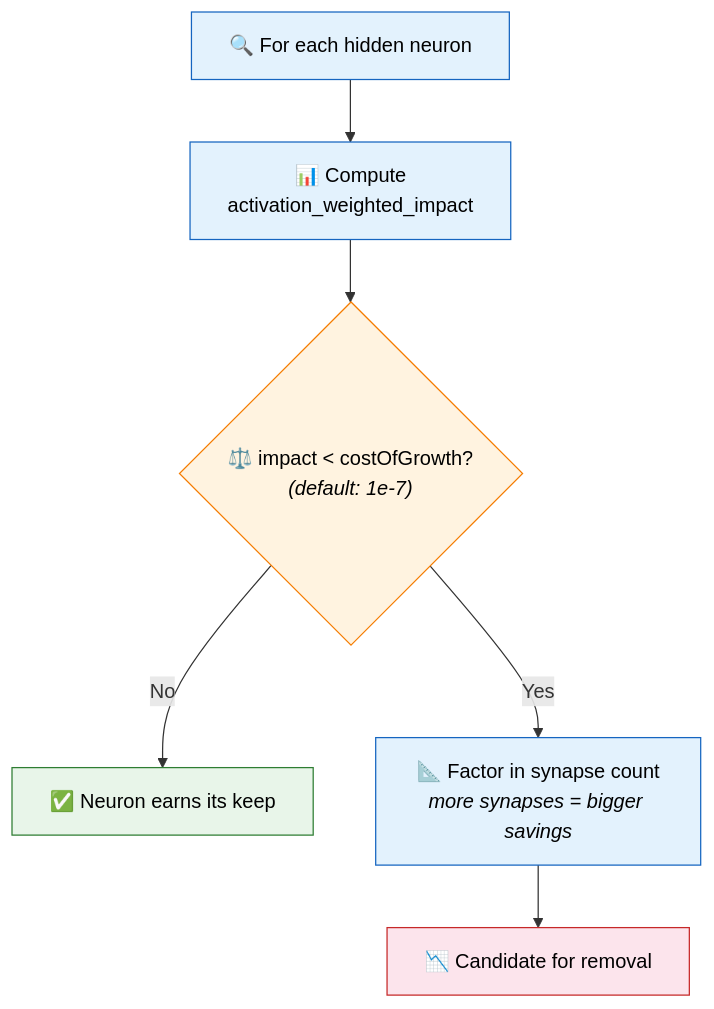
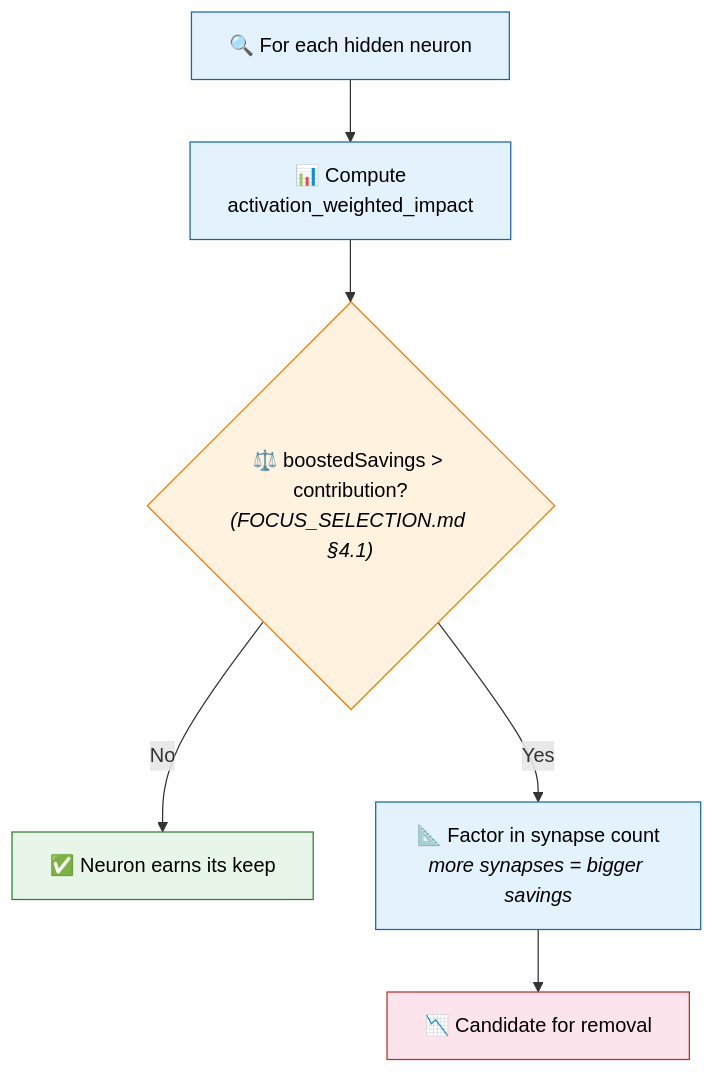
The second of 3 diagrams in docs/discoveries/remove-low-impact.md (stSoftwareAU/NEAT-AI-Discovery), drawn with Mermaid before and after one commit. The commit also changed other lines of this file and 9 other files, not shown here.

````diff
--- a/docs/discoveries/remove-low-impact.md
+++ b/docs/discoveries/remove-low-impact.md
@@ -41,14 +41,14 @@
 ```mermaid
 flowchart TD
     A["🔍 For each hidden neuron"] --> B["📊 Compute<br/>activation_weighted_impact"]
-    B --> C{"⚖️ impact < costOfGrowth?<br/><i>(default: 1e-7)</i>"}
+    B --> C{"⚖️ boostedSavings > contribution?<br/><i>(FOCUS_SELECTION.md §4.1)</i>"}
     C -->|No| Z["✅ Neuron earns its keep"]
     C -->|Yes| D["📐 Factor in synapse count<br/><i>more synapses = bigger savings</i>"]
     D --> E["📉 Candidate for removal"]
     style A fill:#e3f2fd,stroke:#1565c0,color:#000
     style B fill:#e3f2fd,stroke:#1565c0,color:#000
     style C fill:#fff3e0,stroke:#f57c00,color:#000
     style D fill:#e3f2fd,stroke:#1565c0,color:#000
     style E fill:#fce4ec,stroke:#c62828,color:#000
     style Z fill:#e8f5e9,stroke:#2e7d32,color:#000
 ```
````
